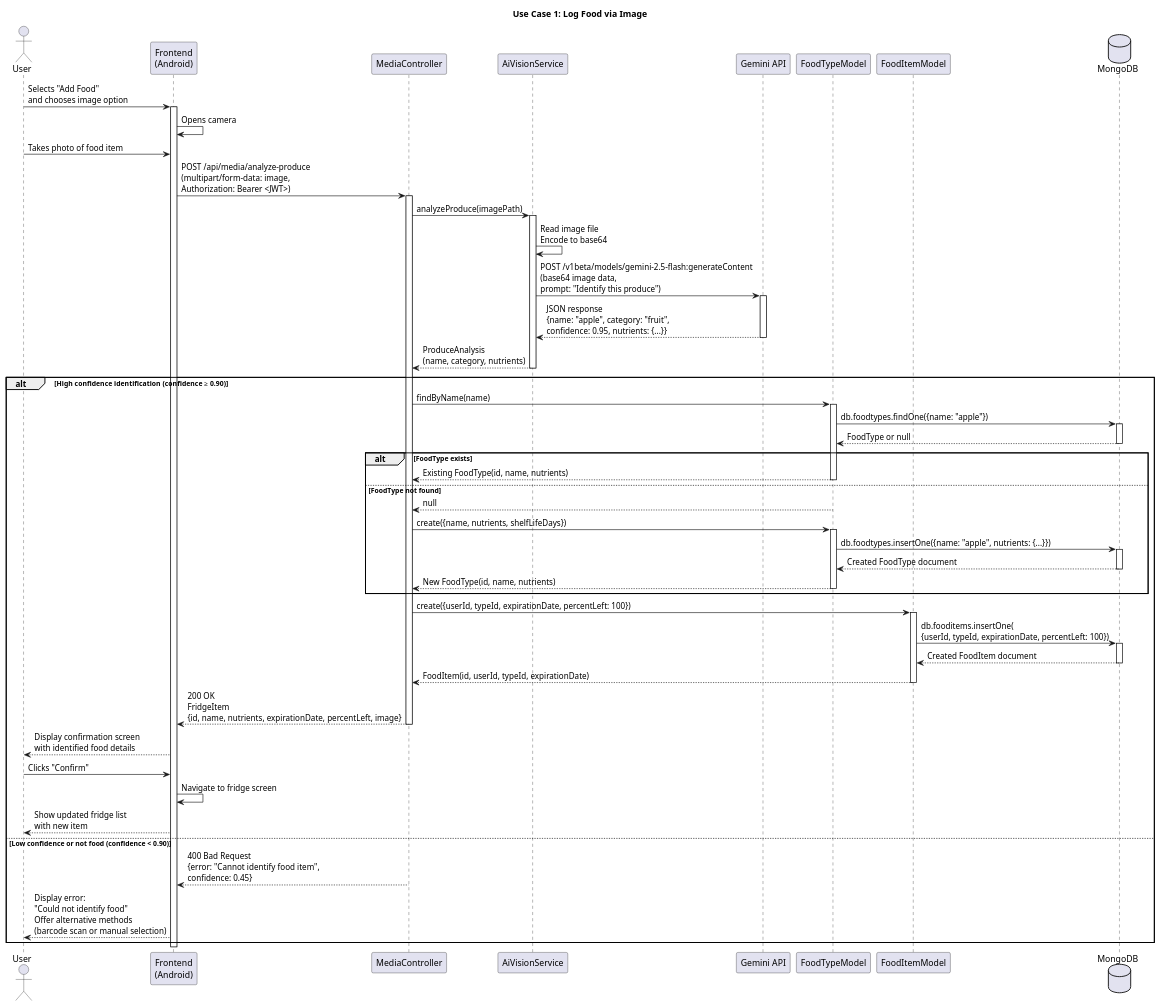
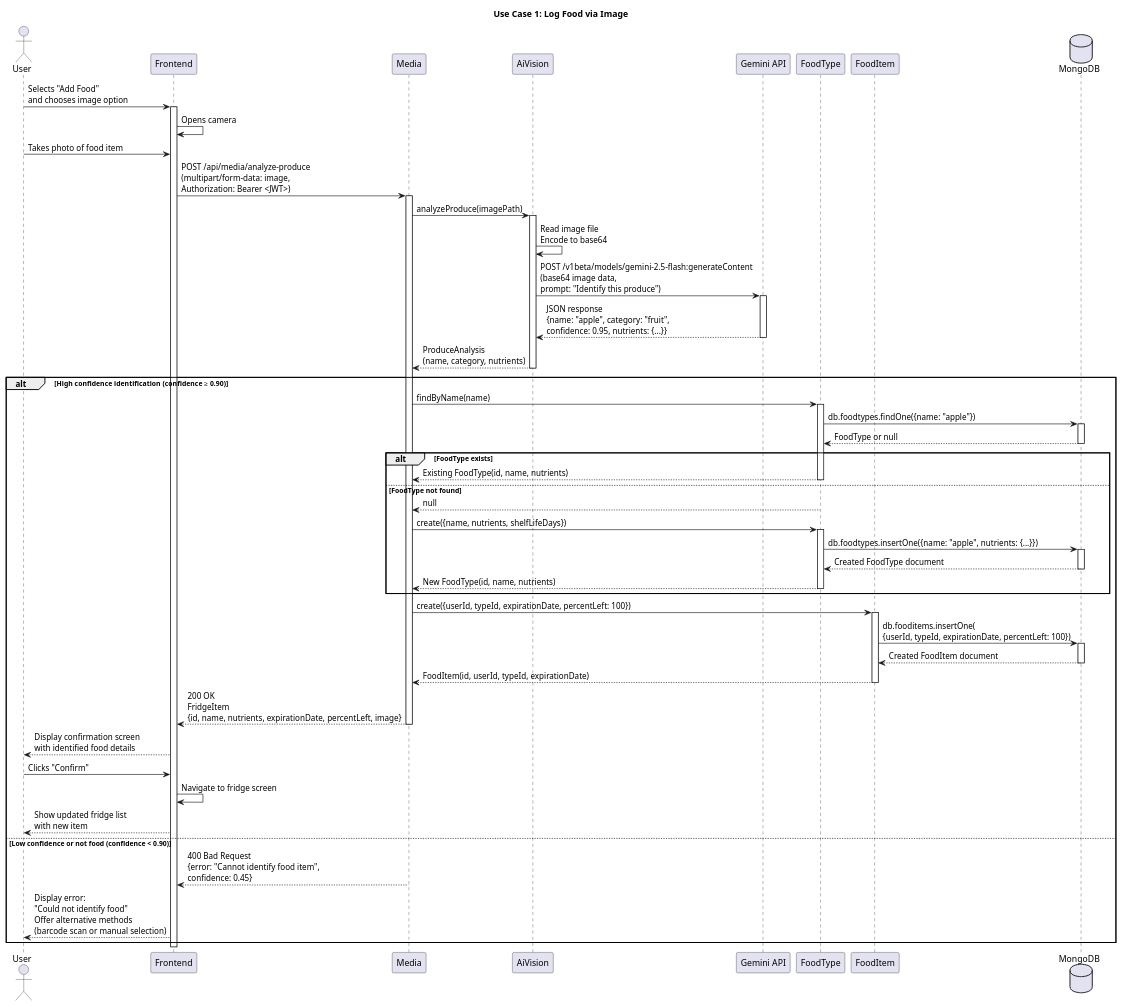
Before and after one commit to virtualfridge/virtualfridge: the diagram in documentation/diagrams/imageDiagram.plantuml, drawn with PlantUML. The commit also changed 3 other files, not shown here.

```diff
--- a/documentation/diagrams/imageDiagram.plantuml
+++ b/documentation/diagrams/imageDiagram.plantuml
@@ -1,77 +1,77 @@
 @startuml
 title Use Case 1: Log Food via Image
 
 actor User
-participant "Frontend\n(Android)" as Frontend
-participant "MediaController" as Controller
-participant "AiVisionService" as AiVision
+participant "Frontend" as Frontend
+participant "Media" as Controller
+participant "AiVision" as AiVision
 participant "Gemini API" as Gemini
-participant "FoodTypeModel" as FoodTypeModel
-participant "FoodItemModel" as FoodItemModel
+participant "FoodType" as FoodTypeModel
+participant "FoodItem" as FoodItemModel
 database "MongoDB" as DB
 
 User -> Frontend: Selects "Add Food"\nand chooses image option
 activate Frontend
 Frontend -> Frontend: Opens camera
 User -> Frontend: Takes photo of food item
 Frontend -> Controller: POST /api/media/analyze-produce\n(multipart/form-data: image,\nAuthorization: Bearer <JWT>)
 activate Controller
 
 Controller -> AiVision: analyzeProduce(imagePath)
 activate AiVision
 AiVision -> AiVision: Read image file\nEncode to base64
 AiVision -> Gemini: POST /v1beta/models/gemini-2.5-flash:generateContent\n(base64 image data,\nprompt: "Identify this produce")
 activate Gemini
 Gemini --> AiVision: JSON response\n{name: "apple", category: "fruit",\nconfidence: 0.95, nutrients: {...}}
 deactivate Gemini
 AiVision --> Controller: ProduceAnalysis\n(name, category, nutrients)
 deactivate AiVision
 
 alt High confidence identification (confidence ≥ 0.90)
     Controller -> FoodTypeModel: findByName(name)
     activate FoodTypeModel
     FoodTypeModel -> DB: db.foodtypes.findOne({name: "apple"})
     activate DB
     DB --> FoodTypeModel: FoodType or null
     deactivate DB
 
     alt FoodType exists
         FoodTypeModel --> Controller: Existing FoodType(id, name, nutrients)
         deactivate FoodTypeModel
     else FoodType not found
         FoodTypeModel --> Controller: null
         deactivate FoodTypeModel
         Controller -> FoodTypeModel: create({name, nutrients, shelfLifeDays})
         activate FoodTypeModel
         FoodTypeModel -> DB: db.foodtypes.insertOne({name: "apple", nutrients: {...}})
         activate DB
         DB --> FoodTypeModel: Created FoodType document
         deactivate DB
         FoodTypeModel --> Controller: New FoodType(id, name, nutrients)
         deactivate FoodTypeModel
     end
 
     Controller -> FoodItemModel: create({userId, typeId, expirationDate, percentLeft: 100})
     activate FoodItemModel
     FoodItemModel -> DB: db.fooditems.insertOne(\n{userId, typeId, expirationDate, percentLeft: 100})
     activate DB
     DB --> FoodItemModel: Created FoodItem document
     deactivate DB
     FoodItemModel --> Controller: FoodItem(id, userId, typeId, expirationDate)
     deactivate FoodItemModel
 
     Controller --> Frontend: 200 OK\nFridgeItem\n{id, name, nutrients, expirationDate, percentLeft, image}
     deactivate Controller
     Frontend --> User: Display confirmation screen\nwith identified food details
     User -> Frontend: Clicks "Confirm"
     Frontend -> Frontend: Navigate to fridge screen
     Frontend --> User: Show updated fridge list\nwith new item
 
 else Low confidence or not food (confidence < 0.90)
     Controller --> Frontend: 400 Bad Request\n{error: "Cannot identify food item",\nconfidence: 0.45}
     deactivate Controller
     Frontend --> User: Display error:\n"Could not identify food"\nOffer alternative methods\n(barcode scan or manual selection)
 end
 deactivate Frontend
 
 @enduml
```
